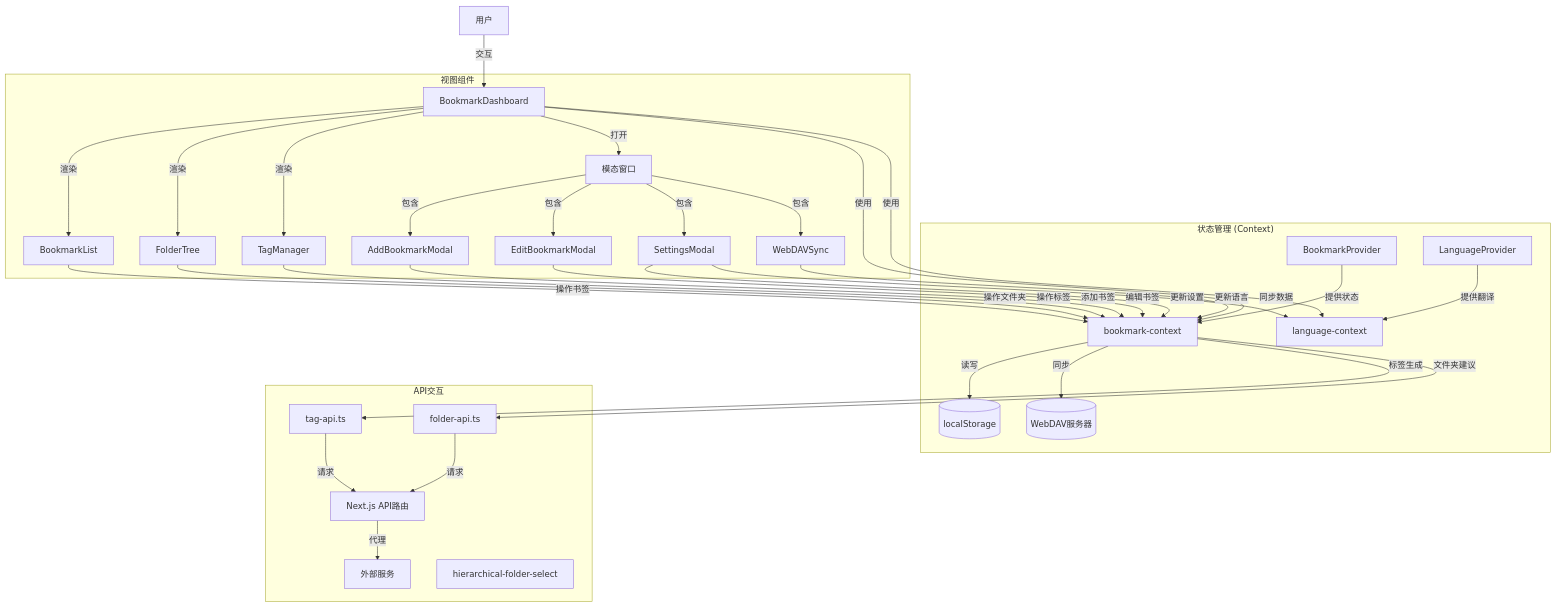
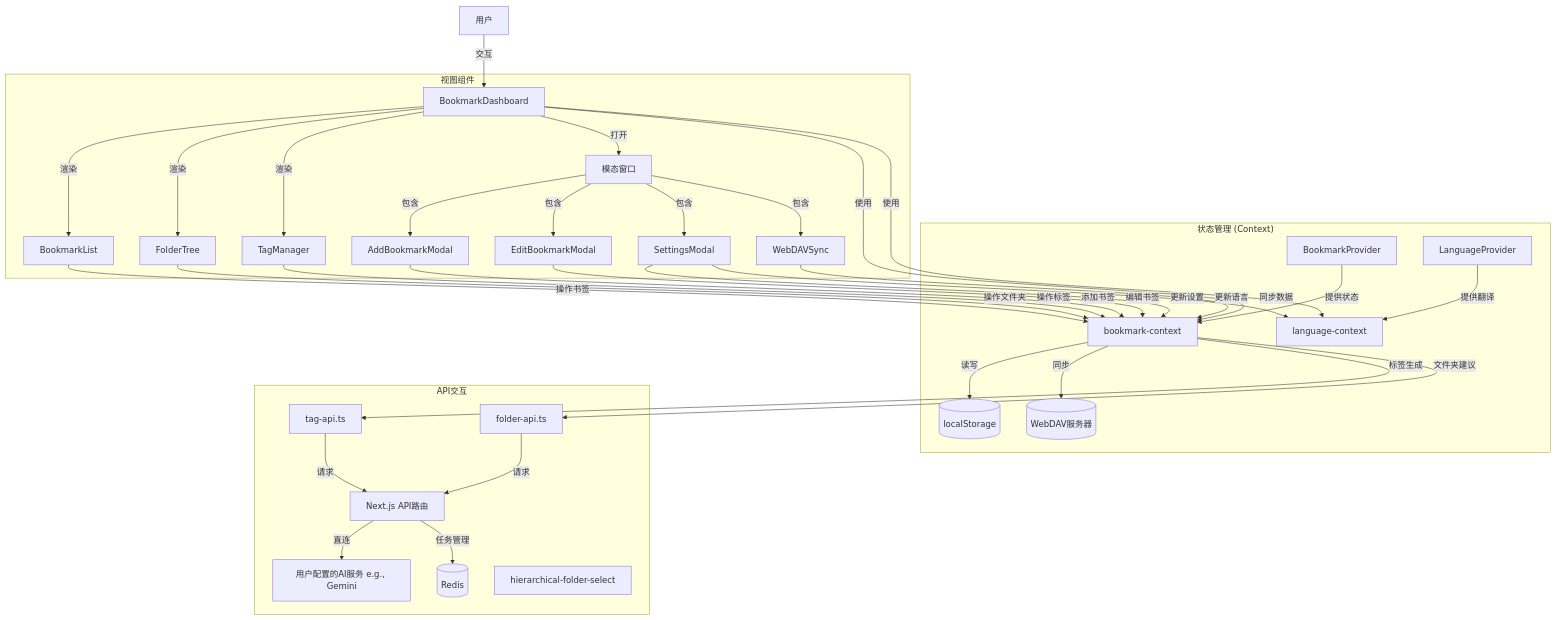
Before and after one commit to Syferie/MarkHub: the diagram in README.md, drawn with Mermaid. The commit also changed other lines of this file and 23 other files, not shown here.

````diff
--- a/README.md
+++ b/README.md
@@ -180,46 +175,48 @@
 ```mermaid
 flowchart TD
     User[用户] -->|交互| Dashboard[BookmarkDashboard]
 
     %% 状态管理层
     subgraph Context["状态管理 (Context)"]
         BP[BookmarkProvider] -->|提供状态| BC[bookmark-context]
         LC[LanguageProvider] -->|提供翻译| LG[language-context]
         BC -->|读写| LS[(localStorage)]
         BC -->|同步| WebDAV[(WebDAV服务器)]
     end
 
     %% 视图层
     subgraph Views["视图组件"]
         Dashboard -->|渲染| BL[BookmarkList]
         Dashboard -->|渲染| FT[FolderTree]
         Dashboard -->|渲染| TM[TagManager]
         Dashboard -->|打开| Modal[模态窗口]
         Modal -->|包含| ABM[AddBookmarkModal]
         Modal -->|包含| EBM[EditBookmarkModal]
         Modal -->|包含| SM[SettingsModal]
         Modal -->|包含| WS[WebDAVSync]
     end
 
     %% API交互层
     subgraph API["API交互"]
         TA[tag-api.ts] -->|请求| NR[Next.js API路由]
         FA[folder-api.ts] -->|请求| NR[Next.js API路由]
-        NR -->|代理| ES[外部服务]
+        NR -->|直连| AIService[用户配置的AI服务 e.g., Gemini]
+        RedisDB[(Redis)]
+        NR -->|任务管理| RedisDB
         HFS[hierarchical-folder-select]
     end
 
     %% 数据流动
     Dashboard -->|使用| BC
     Dashboard -->|使用| LG
     BL -->|操作书签| BC
     FT -->|操作文件夹| BC
     TM -->|操作标签| BC
     ABM -->|添加书签| BC
     EBM -->|编辑书签| BC
     SM -->|更新设置| BC
     SM -->|更新语言| LG
     WS -->|同步数据| BC
     BC -->|标签生成| TA
     BC -->|文件夹建议| FA
 ```
````
